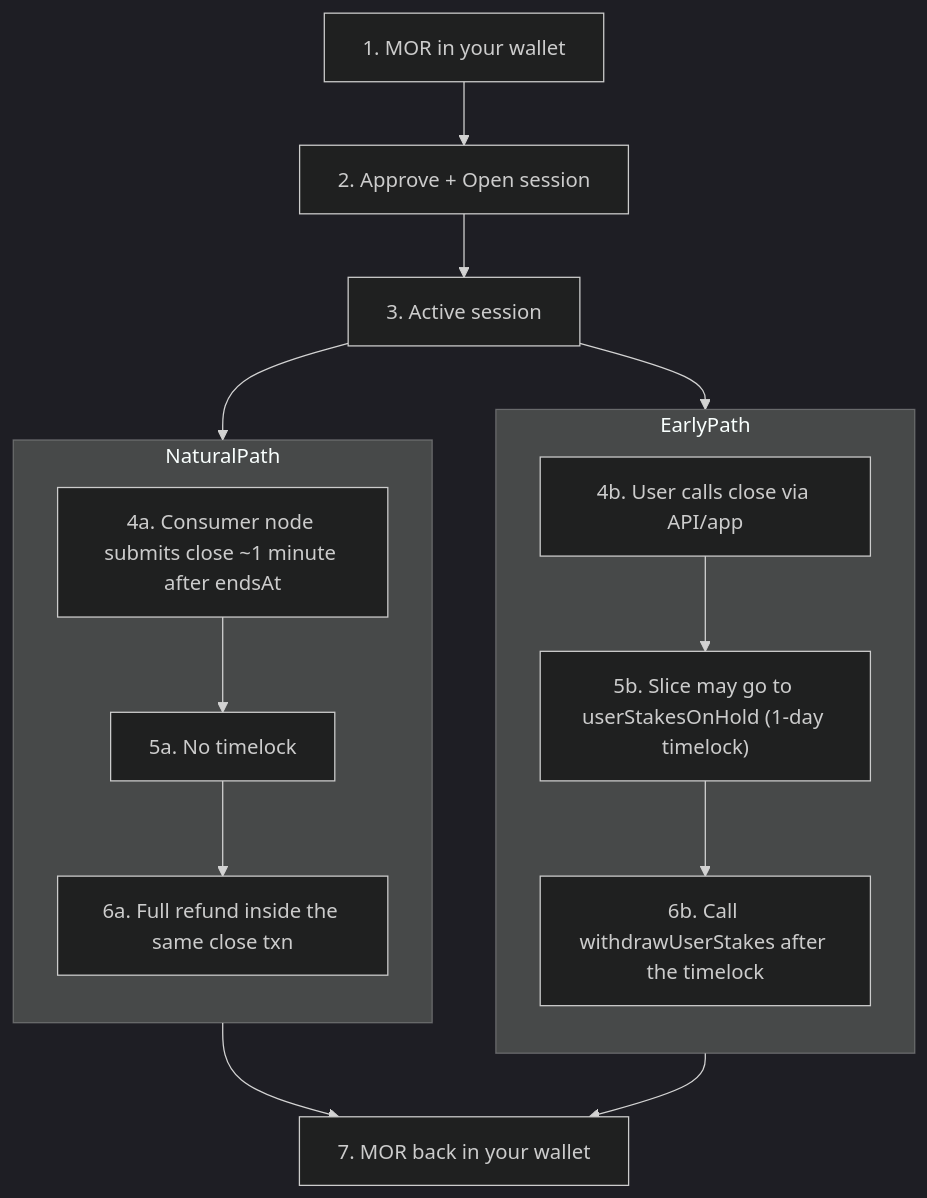
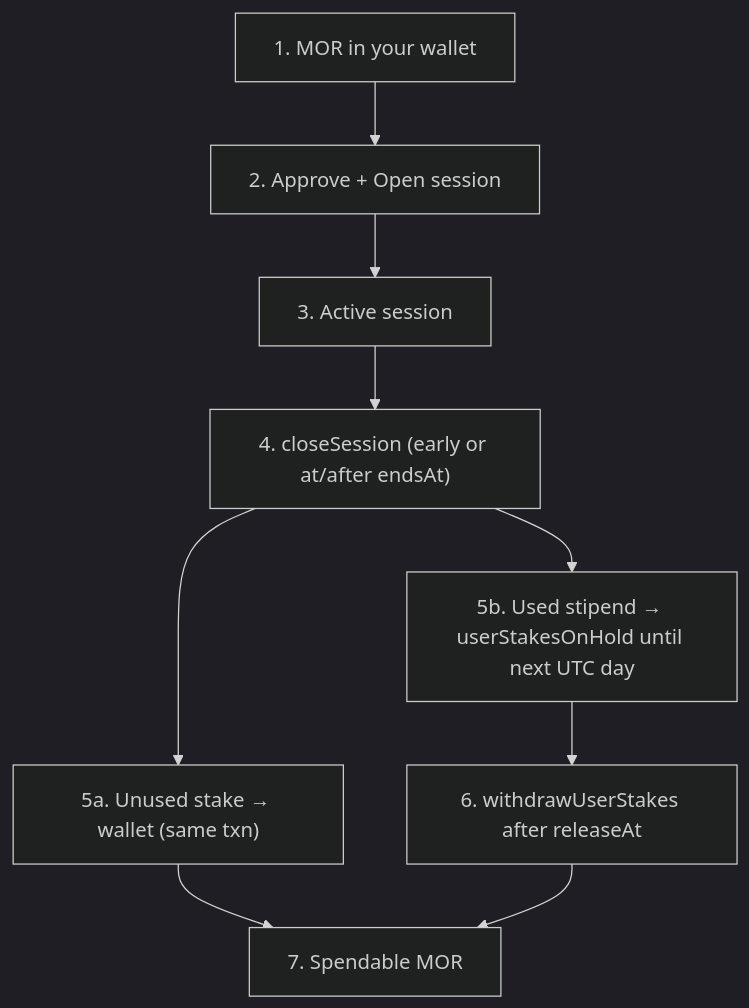
The first of 2 diagrams in docs/concepts/sessions-stake-close-recover.mdx (cowboycoderhq/Morpheus-Lumerin-Node), drawn with Mermaid (dark theme) before and after one commit. The commit also changed other lines of this file and 13 other files, not shown here.

First line of the commit message:
docs: align consumer MOR / day-lock expectations with #830

````diff
--- a/docs/concepts/sessions-stake-close-recover.mdx
+++ b/docs/concepts/sessions-stake-close-recover.mdx
@@ -17,26 +17,11 @@
 ```mermaid
 flowchart TB
   Wallet1["1. MOR in your wallet"] --> Open["2. Approve + Open session"]
   Open --> Active["3. Active session"]
-  Active --> NaturalPath["Natural expiration path"]
-  Active --> EarlyPath["Early close path"]
-
-  subgraph NaturalPath
-    direction TB
-    NatClose["4a. Consumer node submits close ~1 minute after endsAt"]
-    NatNoLock["5a. No timelock"]
-    NatRefund["6a. Full refund inside the same close txn"]
-    NatClose --> NatNoLock --> NatRefund
-  end
-
-  subgraph EarlyPath
-    direction TB
-    EarlyClose["4b. User calls close via API/app"]
-    EarlyLock["5b. Slice may go to userStakesOnHold (1-day timelock)"]
-    EarlyClaim["6b. Call withdrawUserStakes after the timelock"]
-    EarlyClose --> EarlyLock --> EarlyClaim
-  end
-
-  NaturalPath --> Wallet2["7. MOR back in your wallet"]
-  EarlyPath --> Wallet2
+  Active --> Close["4. closeSession (early or at/after endsAt)"]
+  Close --> Immediate["5a. Unused stake → wallet (same txn)"]
+  Close --> Hold["5b. Used stipend → userStakesOnHold until next UTC day"]
+  Hold --> Claim["6. withdrawUserStakes after releaseAt"]
+  Immediate --> Wallet2["7. Spendable MOR"]
+  Claim --> Wallet2
 ```
````
